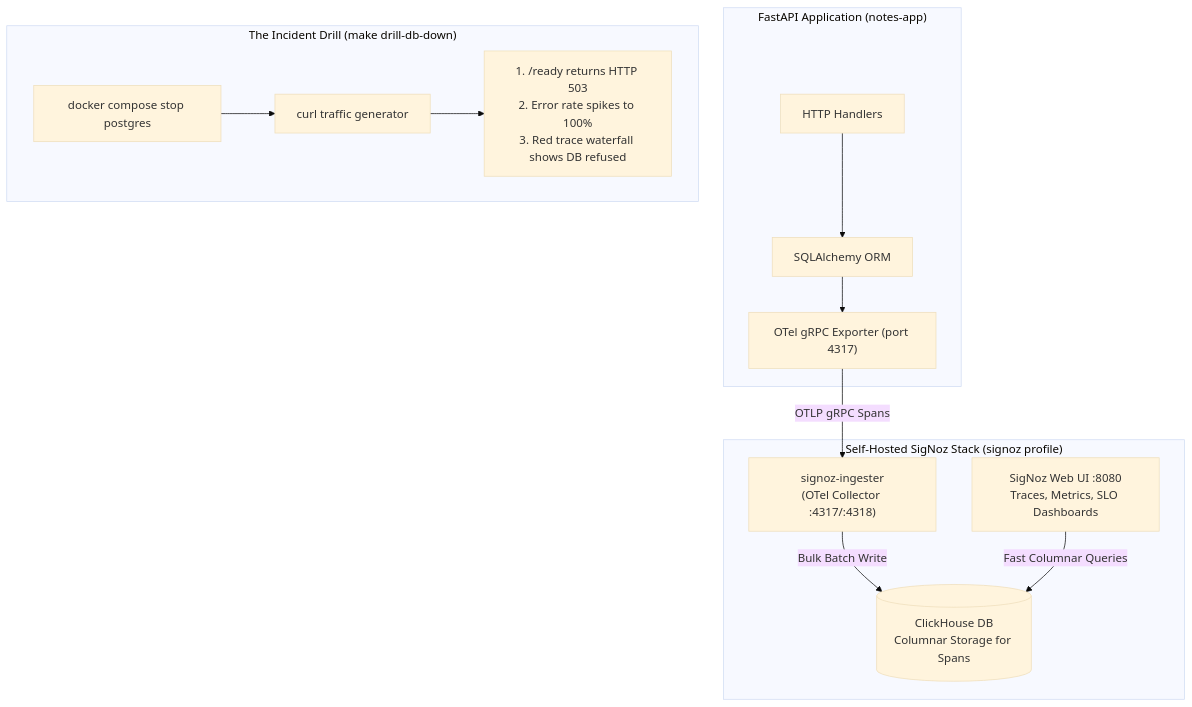
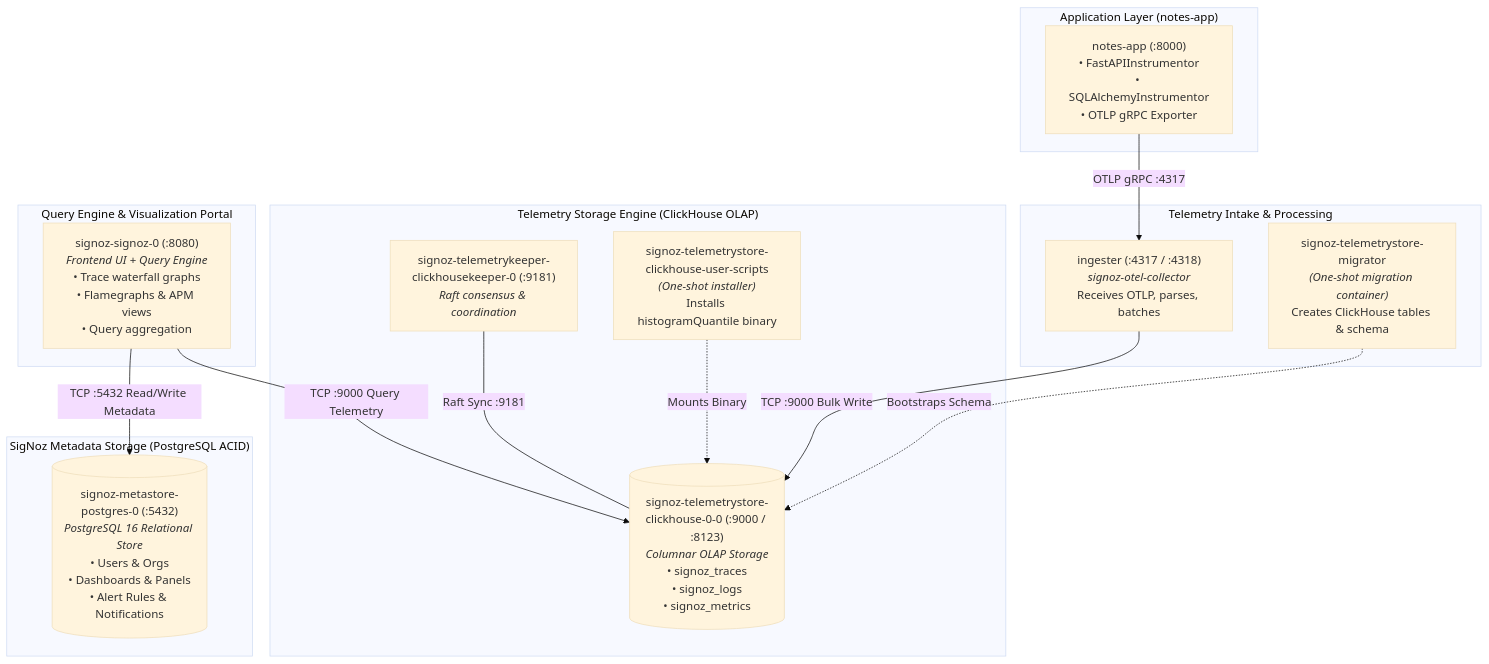
Before and after one commit to ShabdChegu/devops-course-day2: diagram 13 of 18 in docs/COURSE_SUMMARY.md, drawn with Mermaid (base theme). The commit also changed other lines of this file, not shown here.

Commit message:
docs: add detailed architecture diagrams for all SigNoz and OTel compose components

````diff
--- a/docs/COURSE_SUMMARY.md
+++ b/docs/COURSE_SUMMARY.md
@@ -652,28 +656,35 @@
 ```mermaid
 flowchart TD
-    subgraph Application["FastAPI Application (notes-app)"]
-        Routes["HTTP Handlers"]
-        ORM["SQLAlchemy ORM"]
-        OTelExporter["OTel gRPC Exporter (port 4317)"]
-        
-        Routes --> ORM --> OTelExporter
+    subgraph ClientLayer["Application Layer (notes-app)"]
+        App["notes-app (:8000)<br/>• FastAPIInstrumentor<br/>• SQLAlchemyInstrumentor<br/>• OTLP gRPC Exporter"]
     end
 
-    subgraph SigNozStack["Self-Hosted SigNoz Stack (signoz profile)"]
-        Ingester["signoz-ingester<br/>(OTel Collector :4317/:4318)"]
-        CH[("ClickHouse DB<br/>Columnar Storage for Spans")]
-        UI["SigNoz Web UI :8080<br/>Traces, Metrics, SLO Dashboards"]
-        
-        OTelExporter -->|"OTLP gRPC Spans"| Ingester
-        Ingester -->|"Bulk Batch Write"| CH
-        UI -->|"Fast Columnar Queries"| CH
+    subgraph OTelIngestion["Telemetry Intake & Processing"]
+        Ingester["ingester (:4317 / :4318)<br/><i>signoz-otel-collector</i><br/>Receives OTLP, parses, batches"]
+        Migrator["signoz-telemetrystore-migrator<br/><i>(One-shot migration container)</i><br/>Creates ClickHouse tables & schema"]
     end
 
-    subgraph IncidentDrill["The Incident Drill (make drill-db-down)"]
-        KillCmd["docker compose stop postgres"]
-        Traffic["curl traffic generator"]
-        Spike["1. /ready returns HTTP 503<br/>2. Error rate spikes to 100%<br/>3. Red trace waterfall shows DB refused"]
-        
-        KillCmd --> Traffic --> Spike
+    subgraph StorageCluster["Telemetry Storage Engine (ClickHouse OLAP)"]
+        Keeper["signoz-telemetrykeeper-clickhousekeeper-0 (:9181)<br/><i>Raft consensus & coordination</i>"]
+        Scripts["signoz-telemetrystore-clickhouse-user-scripts<br/><i>(One-shot installer)</i><br/>Installs histogramQuantile binary"]
+        CH[("signoz-telemetrystore-clickhouse-0-0 (:9000 / :8123)<br/><i>Columnar OLAP Storage</i><br/>• signoz_traces<br/>• signoz_logs<br/>• signoz_metrics")]
     end
+
+    subgraph AppStateStore["SigNoz Metadata Storage (PostgreSQL ACID)"]
+        PGMeta[("signoz-metastore-postgres-0 (:5432)<br/><i>PostgreSQL 16 Relational Store</i><br/>• Users & Orgs<br/>• Dashboards & Panels<br/>• Alert Rules & Notifications")]
+    end
+
+    subgraph UserInterface["Query Engine & Visualization Portal"]
+        SigUI["signoz-signoz-0 (:8080)<br/><i>Frontend UI + Query Engine</i><br/>• Trace waterfall graphs<br/>• Flamegraphs & APM views<br/>• Query aggregation"]
+    end
+
+    %% Network links & dependencies
+    App -->|"OTLP gRPC :4317"| Ingester
+    Migrator -.->|"Bootstraps Schema"| CH
+    Keeper ---|"Raft Sync :9181"| CH
+    Scripts -.->|"Mounts Binary"| CH
+    Ingester -->|"TCP :9000 Bulk Write"| CH
+
+    SigUI -->|"TCP :9000 Query Telemetry"| CH
+    SigUI -->|"TCP :5432 Read/Write Metadata"| PGMeta
 ```
````
